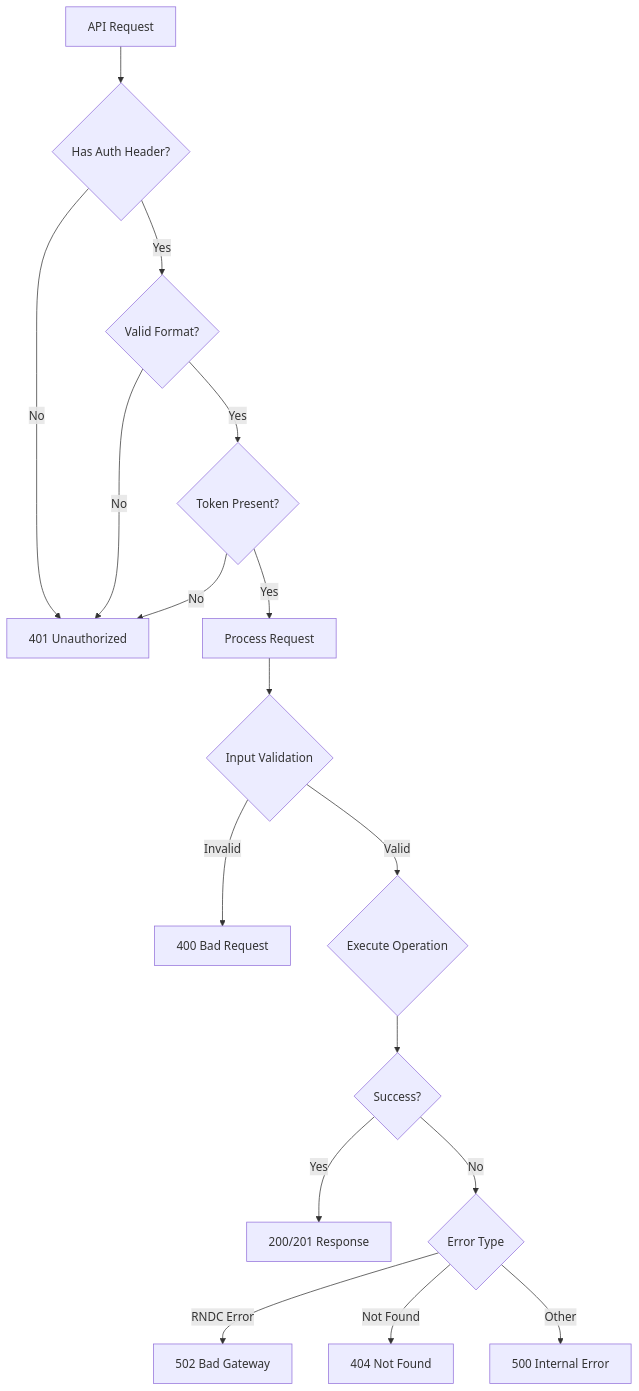
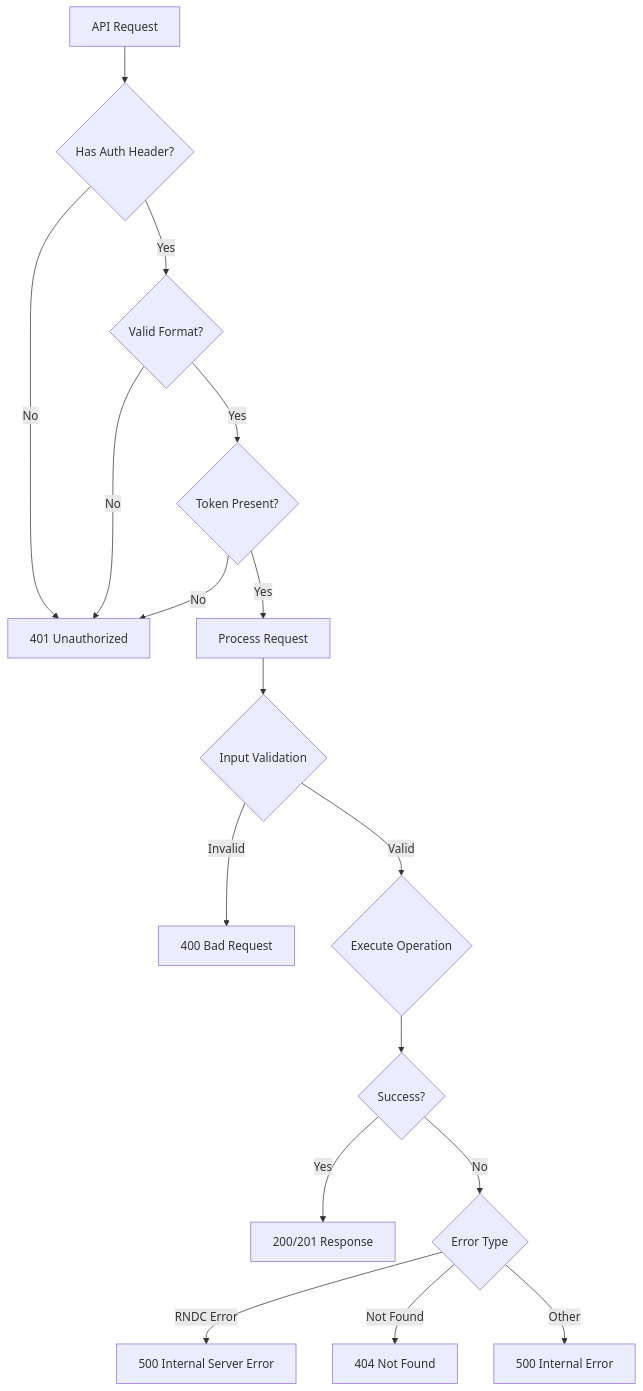
Diagram 11 of 12 in docs/src/getting-started/index.md (firestoned/bindcar), drawn with Mermaid before and after one commit. The commit also changed other lines of this file and 27 other files, not shown here.

````diff
--- a/docs/src/getting-started/index.md
+++ b/docs/src/getting-started/index.md
@@ -258,21 +258,21 @@
 ```mermaid
 graph TD
     A[API Request] --> B{Has Auth Header?}
     B -->|No| C[401 Unauthorized]
     B -->|Yes| D{Valid Format?}
     D -->|No| C
     D -->|Yes| E{Token Present?}
     E -->|No| C
     E -->|Yes| F[Process Request]
     
     F --> G{Input Validation}
     G -->|Invalid| H[400 Bad Request]
     G -->|Valid| I{Execute Operation}
     
     I --> J{Success?}
     J -->|Yes| K[200/201 Response]
     J -->|No| L{Error Type}
-    L -->|RNDC Error| M[502 Bad Gateway]
+    L -->|RNDC Error| M[500 Internal Server Error]
     L -->|Not Found| N[404 Not Found]
     L -->|Other| O[500 Internal Error]
 ```
````
